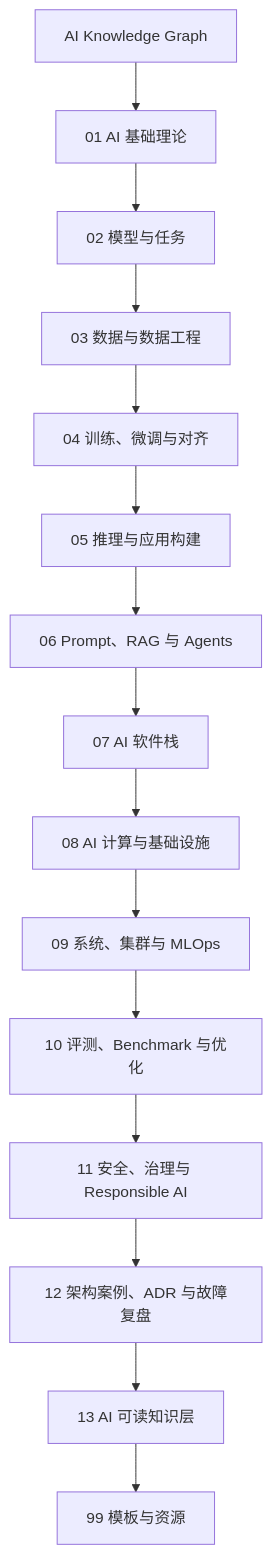
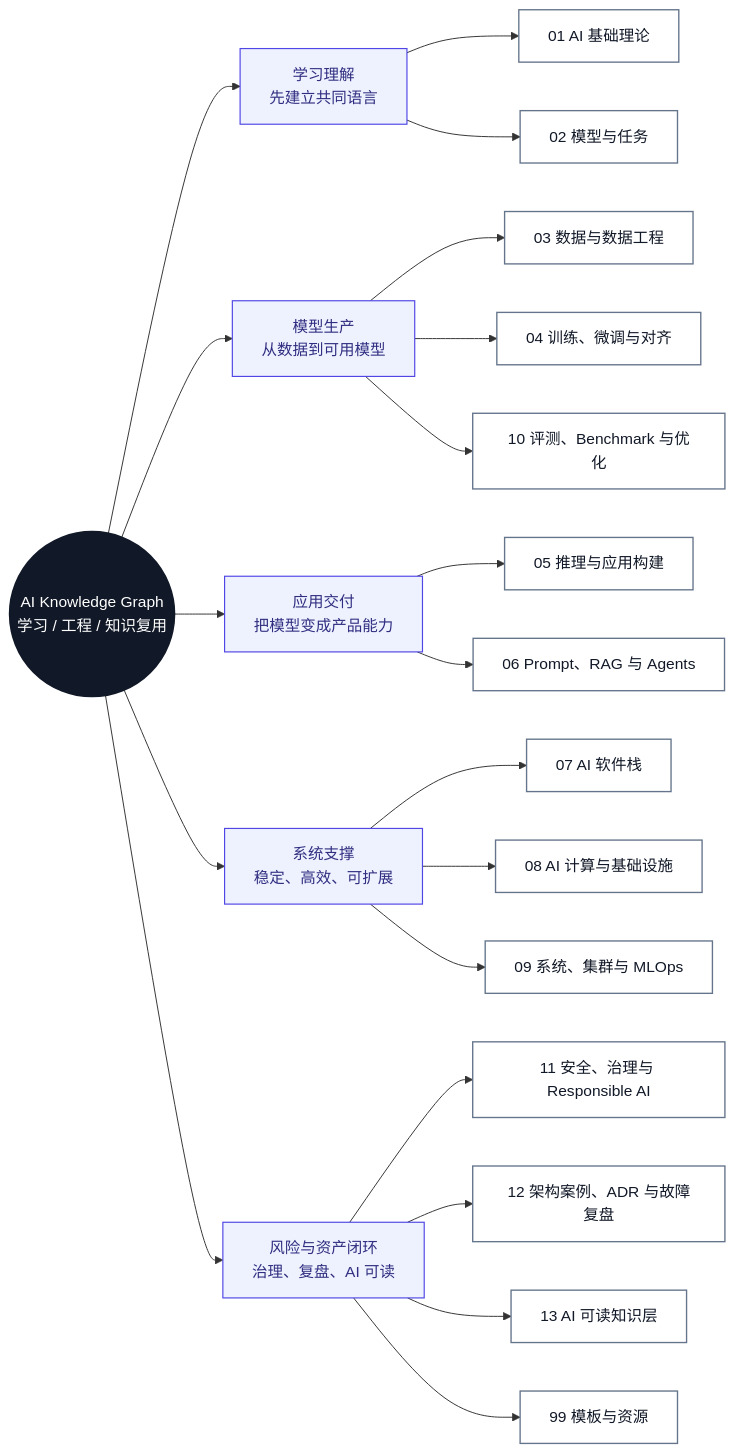
Before and after one commit to AmourSec/aikg: the first of 6 diagrams in docs/knowledge-map.md, drawn with Mermaid. The commit also changed other lines of this file and 2 other files, not shown here.

Commit message:
Revamp knowledge map as mind map

````diff
--- a/docs/knowledge-map.md
+++ b/docs/knowledge-map.md
@@ -11,33 +15,52 @@
 ```mermaid
-flowchart TB
-  A["AI Knowledge Graph"] --> B["01 AI 基础理论"]
-  B --> C["02 模型与任务"]
-  C --> D["03 数据与数据工程"]
-  D --> E["04 训练、微调与对齐"]
-  E --> F["05 推理与应用构建"]
-  F --> G["06 Prompt、RAG 与 Agents"]
-  G --> H["07 AI 软件栈"]
-  H --> I["08 AI 计算与基础设施"]
-  I --> J["09 系统、集群与 MLOps"]
-  J --> K["10 评测、Benchmark 与优化"]
-  K --> L["11 安全、治理与 Responsible AI"]
-  L --> M["12 架构案例、ADR 与故障复盘"]
-  M --> N["13 AI 可读知识层"]
-  N --> O["99 模板与资源"]
+flowchart LR
+  KG(("AI Knowledge Graph<br/>学习 / 工程 / 知识复用"))
 
-  click A "../" "打开首页"
-  click B "../01-ai-basics/" "打开 AI 基础理论"
-  click C "../02-models-and-tasks/" "打开模型与任务"
-  click D "../03-data-engineering/" "打开数据与数据工程"
-  click E "../04-training-finetuning-alignment/" "打开训练、微调与对齐"
-  click F "../05-inference-apps/" "打开推理与应用构建"
-  click G "../06-prompt-rag-agents/" "打开 Prompt、RAG 与 Agents"
-  click H "../07-ai-software-stack/" "打开 AI 软件栈"
-  click I "../08-ai-compute-infra/" "打开 AI 计算与基础设施"
-  click J "../09-systems-mlops/" "打开系统、集群与 MLOps"
-  click K "../10-evaluation-benchmark-optimization/" "打开评测、Benchmark 与优化"
-  click L "../11-safety-governance/" "打开安全、治理与 Responsible AI"
-  click M "../12-architecture-cases/" "打开架构案例、ADR 与故障复盘"
-  click N "../13-ai-indexing/" "打开 AI 可读知识层"
-  click O "../99-templates/knowledge-note/" "打开模板"
+  KG --> S1["学习理解<br/>先建立共同语言"]
+  KG --> S2["模型生产<br/>从数据到可用模型"]
+  KG --> S3["应用交付<br/>把模型变成产品能力"]
+  KG --> S4["系统支撑<br/>稳定、高效、可扩展"]
+  KG --> S5["风险与资产闭环<br/>治理、复盘、AI 可读"]
+
+  S1 --> M01["01 AI 基础理论"]
+  S1 --> M02["02 模型与任务"]
+
+  S2 --> M03["03 数据与数据工程"]
+  S2 --> M04["04 训练、微调与对齐"]
+  S2 --> M10["10 评测、Benchmark 与优化"]
+
+  S3 --> M05["05 推理与应用构建"]
+  S3 --> M06["06 Prompt、RAG 与 Agents"]
+
+  S4 --> M07["07 AI 软件栈"]
+  S4 --> M08["08 AI 计算与基础设施"]
+  S4 --> M09["09 系统、集群与 MLOps"]
+
+  S5 --> M11["11 安全、治理与 Responsible AI"]
+  S5 --> M12["12 架构案例、ADR 与故障复盘"]
+  S5 --> M13["13 AI 可读知识层"]
+  S5 --> M99["99 模板与资源"]
+
+  click KG "../" "打开首页"
+  click M01 "../01-ai-basics/" "打开 AI 基础理论"
+  click M02 "../02-models-and-tasks/" "打开模型与任务"
+  click M03 "../03-data-engineering/" "打开数据与数据工程"
+  click M04 "../04-training-finetuning-alignment/" "打开训练、微调与对齐"
+  click M05 "../05-inference-apps/" "打开推理与应用构建"
+  click M06 "../06-prompt-rag-agents/" "打开 Prompt、RAG 与 Agents"
+  click M07 "../07-ai-software-stack/" "打开 AI 软件栈"
+  click M08 "../08-ai-compute-infra/" "打开 AI 计算与基础设施"
+  click M09 "../09-systems-mlops/" "打开系统、集群与 MLOps"
+  click M10 "../10-evaluation-benchmark-optimization/" "打开评测、Benchmark 与优化"
+  click M11 "../11-safety-governance/" "打开安全、治理与 Responsible AI"
+  click M12 "../12-architecture-cases/" "打开架构案例、ADR 与故障复盘"
+  click M13 "../13-ai-indexing/" "打开 AI 可读知识层"
+  click M99 "../99-templates/knowledge-note/" "打开模板"
+
+  classDef root fill:#111827,color:#ffffff,stroke:#111827,stroke-width:2px;
+  classDef trunk fill:#eef2ff,color:#312e81,stroke:#4f46e5,stroke-width:1.2px;
+  classDef module fill:#ffffff,color:#111827,stroke:#64748b,stroke-width:1.4px;
+  class KG root;
+  class S1,S2,S3,S4,S5 trunk;
+  class M01,M02,M03,M04,M05,M06,M07,M08,M09,M10,M11,M12,M13,M99 module;
 ```
````
